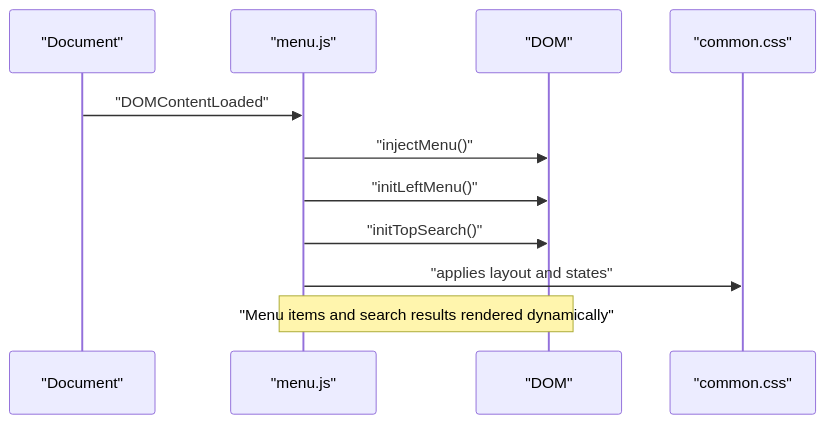
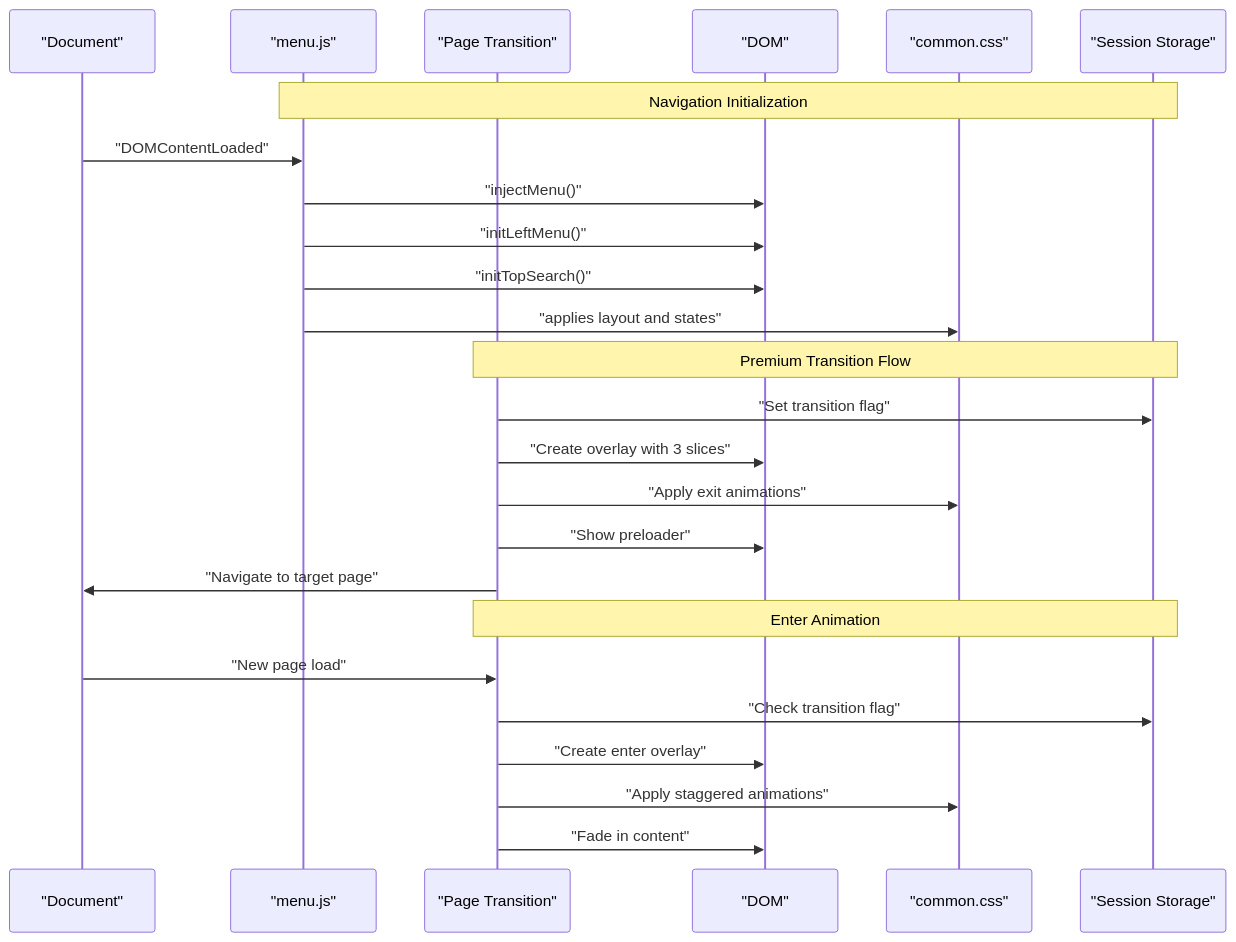
The second of 4 diagrams in .qoder/repowiki/en/content/Core Navigation System.md (treasureGrove/TAWEBTOOL), drawn with Mermaid before and after one commit. The commit also changed other lines of this file and 31 other files, not shown here.

````diff
--- a/.qoder/repowiki/en/content/Core Navigation System.md
+++ b/.qoder/repowiki/en/content/Core Navigation System.md
@@ -105,13 +125,27 @@
 ```mermaid
 sequenceDiagram
 participant Doc as "Document"
 participant Menu as "menu.js"
+participant PT as "Page Transition"
 participant DOM as "DOM"
 participant CSS as "common.css"
+participant Session as "Session Storage"
+Note over Menu,Session : Navigation Initialization
 Doc->>Menu : "DOMContentLoaded"
 Menu->>DOM : "injectMenu()"
 Menu->>DOM : "initLeftMenu()"
 Menu->>DOM : "initTopSearch()"
 Menu->>CSS : "applies layout and states"
-Note over Menu,DOM : "Menu items and search results rendered dynamically"
+Note over PT,Session : Premium Transition Flow
+PT->>Session : "Set transition flag"
+PT->>DOM : "Create overlay with 3 slices"
+PT->>CSS : "Apply exit animations"
+PT->>DOM : "Show preloader"
+PT->>Doc : "Navigate to target page"
+Note over PT,Session : Enter Animation
+Doc->>PT : "New page load"
+PT->>Session : "Check transition flag"
+PT->>DOM : "Create enter overlay"
+PT->>CSS : "Apply staggered animations"
+PT->>DOM : "Fade in content"
 ```
````
